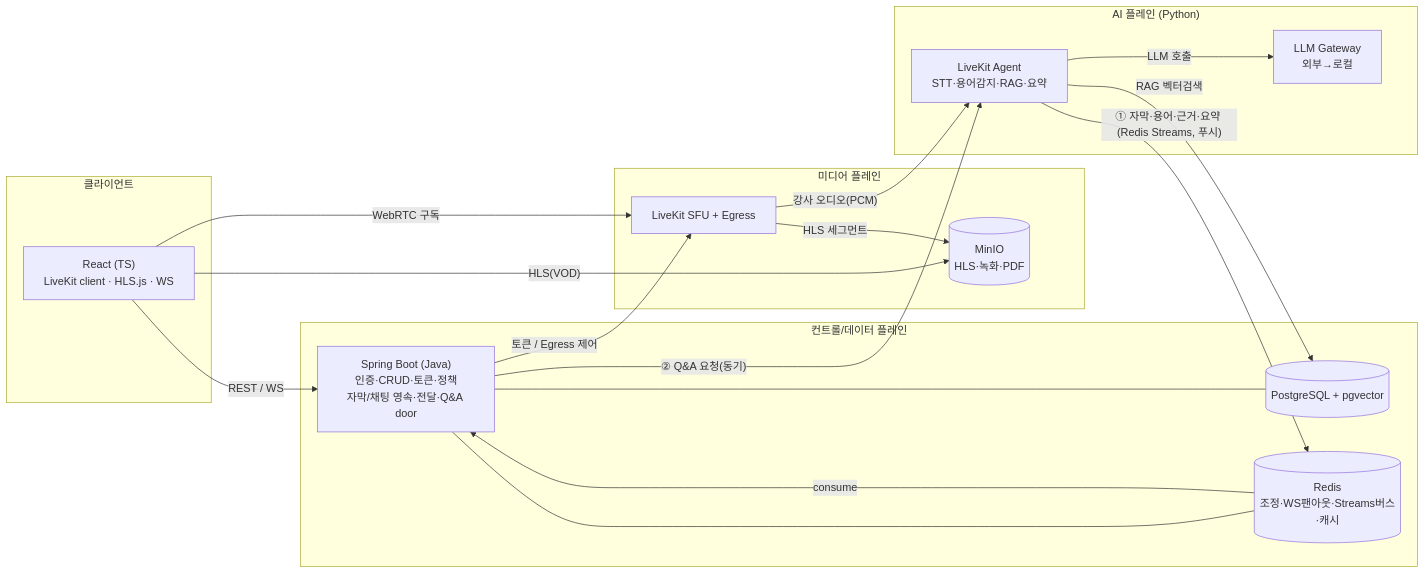
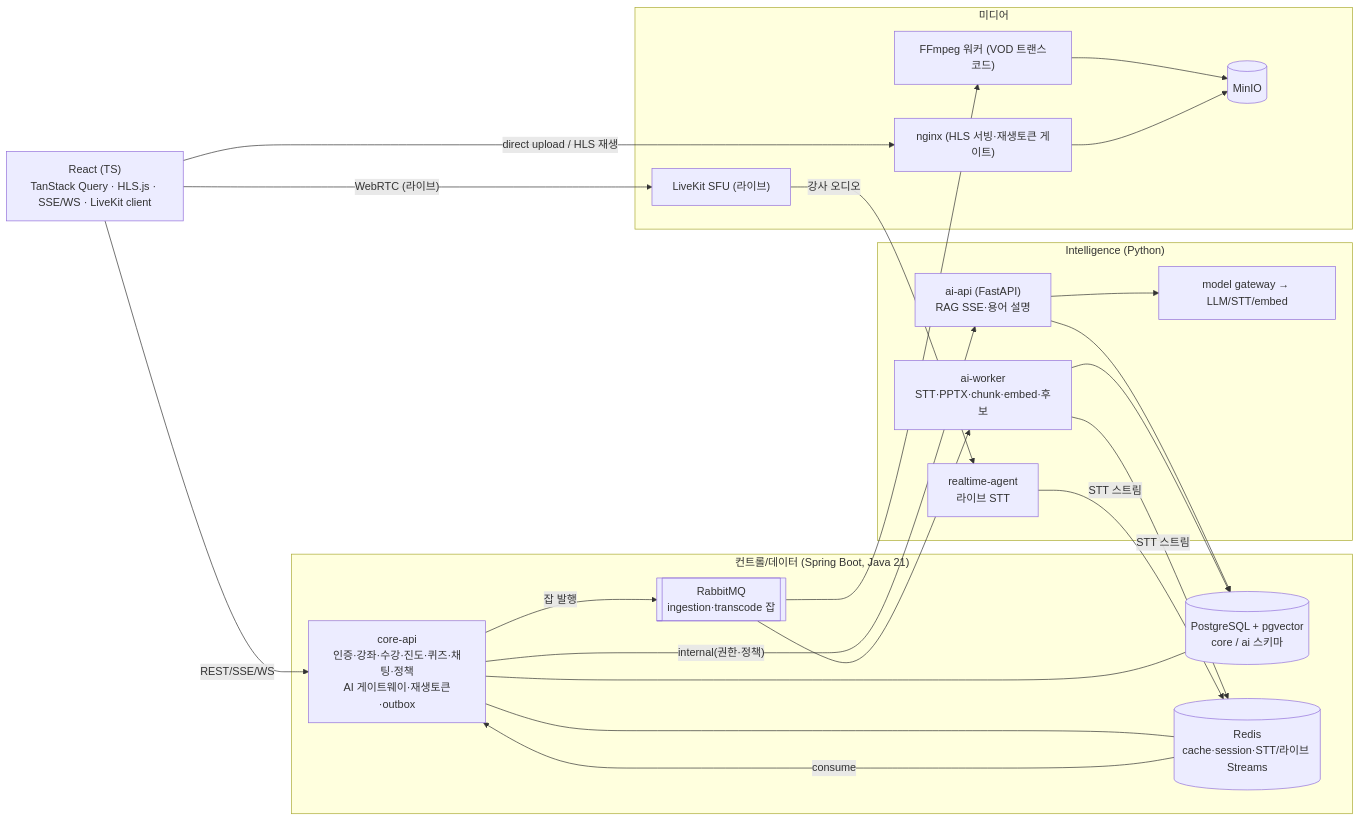
The first of 4 diagrams in docs/architecture.md (thdwjdrl401/jiphyeonjeon), drawn with Mermaid before and after one commit. The commit also changed other lines of this file, not shown here.

First line of the commit message:
docs: architecture.md 기획서 반영 확정판 재작성

````diff
--- a/docs/architecture.md
+++ b/docs/architecture.md
@@ -37,33 +38,41 @@
 ```mermaid
 flowchart LR
-  subgraph CLIENT["클라이언트"]
-    FE["React (TS)<br/>LiveKit client · HLS.js · WS"]
+  FE["React (TS)<br/>TanStack Query · HLS.js · SSE/WS · LiveKit client"]
+  subgraph CTRL["컨트롤/데이터 (Spring Boot, Java 21)"]
+    SP["core-api<br/>인증·강좌·수강·진도·퀴즈·채팅·정책<br/>AI 게이트웨이·재생토큰·outbox"]
+    PG[("PostgreSQL + pgvector<br/>core / ai 스키마")]
+    RD[("Redis<br/>cache·session·STT/라이브 Streams")]
+    MQ[["RabbitMQ<br/>ingestion·transcode 잡"]]
   end
-  subgraph CTRL["컨트롤/데이터 플레인"]
-    SP["Spring Boot (Java)<br/>인증·CRUD·토큰·정책<br/>자막/채팅 영속·전달·Q&A door"]
-    PG[("PostgreSQL + pgvector")]
-    RD[("Redis<br/>조정·WS팬아웃·Streams버스·캐시")]
+  subgraph AI["Intelligence (Python)"]
+    API["ai-api (FastAPI)<br/>RAG SSE·용어 설명"]
+    WK["ai-worker<br/>STT·PPTX·chunk·embed·후보"]
+    AG["realtime-agent<br/>라이브 STT"]
+    GW["model gateway → LLM/STT/embed"]
   end
-  subgraph MEDIA["미디어 플레인"]
-    LK["LiveKit SFU + Egress"]
-    OBJ[("MinIO<br/>HLS·녹화·PDF")]
-  end
-  subgraph AIP["AI 플레인 (Python)"]
-    PY["LiveKit Agent<br/>STT·용어감지·RAG·요약"]
-    GW["LLM Gateway<br/>외부→로컬"]
+  subgraph MEDIA["미디어"]
+    LK["LiveKit SFU (라이브)"]
+    FF["FFmpeg 워커 (VOD 트랜스코드)"]
+    OBJ[("MinIO")]
+    NGX["nginx (HLS 서빙·재생토큰 게이트)"]
   end
 
-  FE -- "REST / WS" --> SP
-  FE -- "WebRTC 구독" --> LK
-  FE -- "HLS(VOD)" --> OBJ
-  SP -- "토큰 / Egress 제어" --> LK
+  FE -- "REST/SSE/WS" --> SP
+  FE -- "direct upload / HLS 재생" --> NGX
+  FE -- "WebRTC (라이브)" --> LK
   SP --- PG
   SP --- RD
-  LK -- "HLS 세그먼트" --> OBJ
-  LK -- "강사 오디오(PCM)" --> PY
-  PY -- "① 자막·용어·근거·요약 (Redis Streams, 푸시)" --> RD
+  SP -- "잡 발행" --> MQ
+  SP -- "internal(권한·정책)" --> API
+  MQ --> WK
+  MQ --> FF
+  API --> PG
+  API --> GW
+  WK --> PG
+  WK -- "STT 스트림" --> RD
   RD -- "consume" --> SP
-  SP -- "② Q&A 요청(동기)" --> PY
-  PY -- "RAG 벡터검색" --> PG
-  PY -- "LLM 호출" --> GW
+  AG -- "STT 스트림" --> RD
+  LK -- "강사 오디오" --> AG
+  FF --> OBJ
+  NGX --> OBJ
 ```
````
